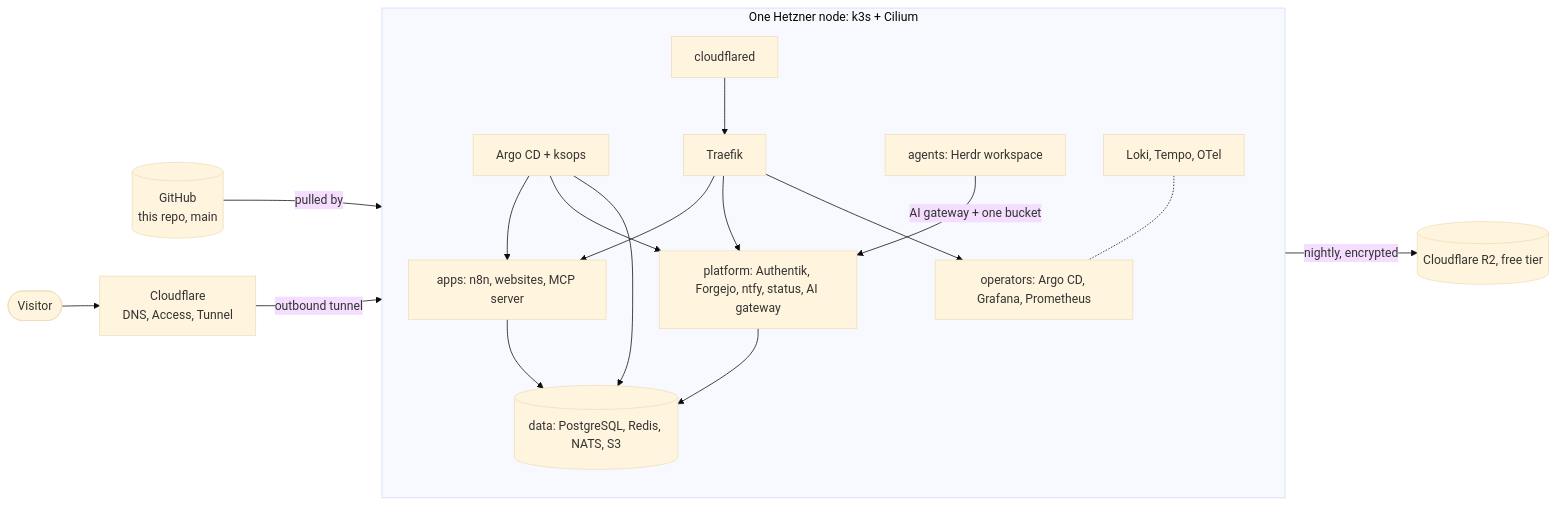
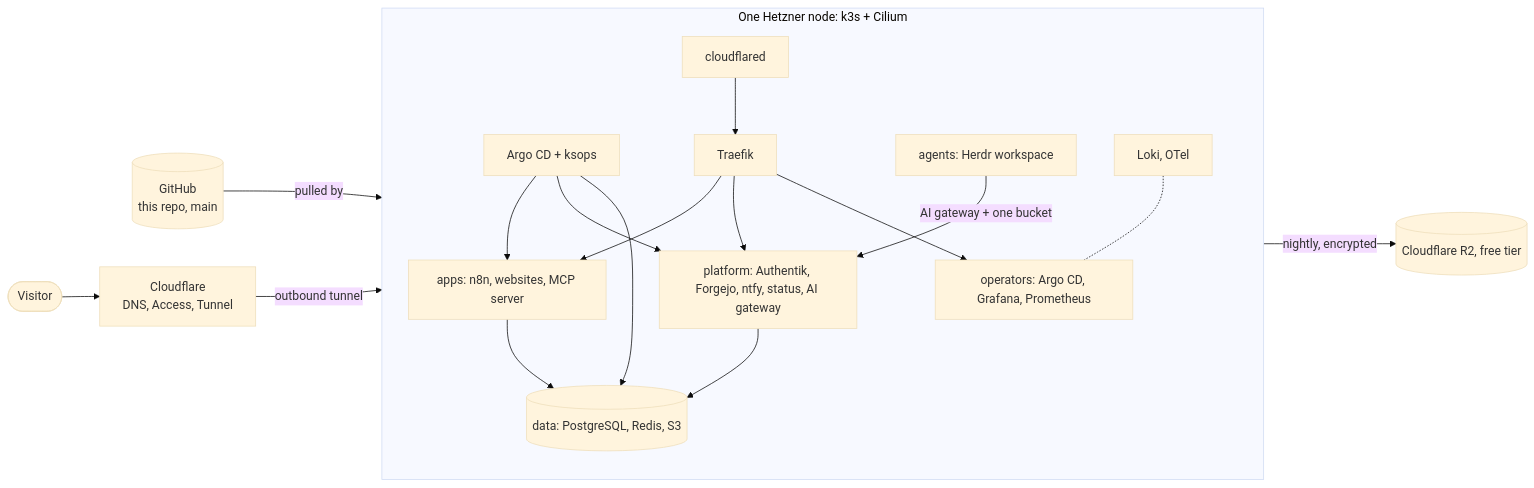
Before and after one commit to Max-imalgutaussehend/aevia: the diagram in README.md, drawn with Mermaid (base theme). The commit also changed other lines of this file and 8 other files, not shown here.

First line of the commit message:
platform: remove NATS and Tempo (nothing uses them), ADR 0040

````diff
--- a/README.md
+++ b/README.md
@@ -28,19 +28,19 @@
 ```mermaid
 flowchart LR
   user([Visitor]) --> cf[Cloudflare<br/>DNS, Access, Tunnel]
   gh[(GitHub<br/>this repo, main)] -->|pulled by| argo
   subgraph node[One Hetzner node: k3s + Cilium]
     direction TB
     cfd[cloudflared] --> traefik[Traefik]
     traefik --> apps[apps: n8n, websites, MCP server]
     traefik --> plat[platform: Authentik, Forgejo, ntfy, status, AI gateway]
     traefik --> ops[operators: Argo CD, Grafana, Prometheus]
-    apps --> data[(data: PostgreSQL, Redis, NATS, S3)]
+    apps --> data[(data: PostgreSQL, Redis, S3)]
     plat --> data
     agents[agents: Herdr workspace] -->|AI gateway + one bucket| plat
     argo[Argo CD + ksops] --> apps & plat & data
-    obs[Loki, Tempo, OTel] -.- ops
+    obs[Loki, OTel] -.- ops
   end
   cf -->|outbound tunnel| cfd
   data -->|nightly, encrypted| bucket[(Cloudflare R2, free tier)]
 ```
````
